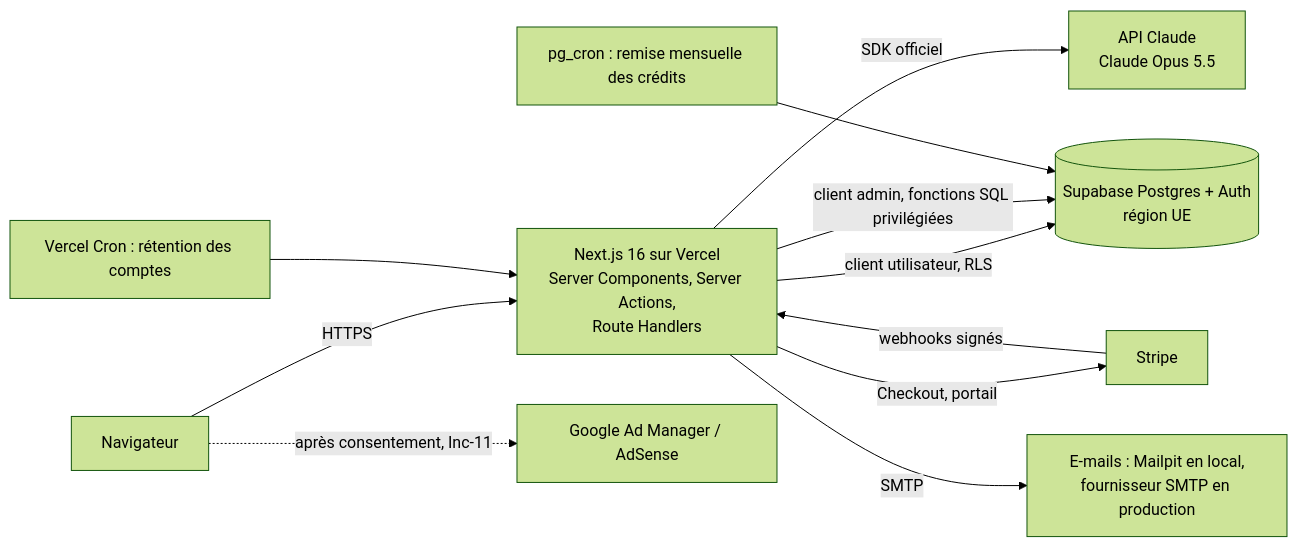
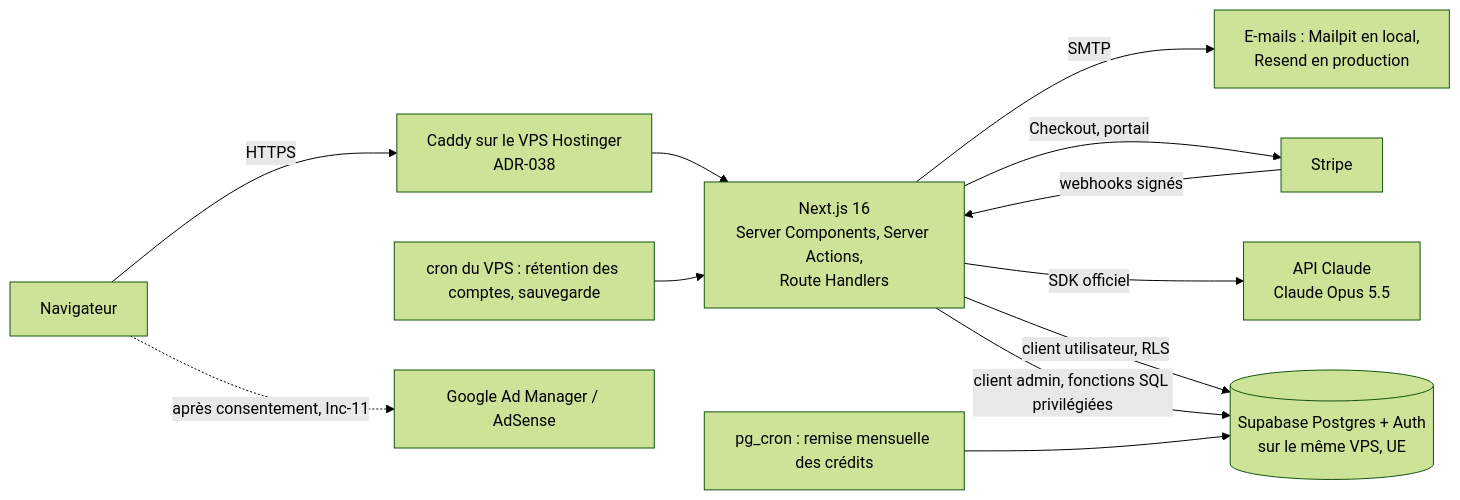
One commit to Kelenix/Mon-cv-en-30-minutes changed the diagram in docs/architecture.md. Above: the diagram before and after it, drawn with Mermaid (forest theme). The commit also changed other lines of this file and 60 other files, not shown here.

First line of the commit message:
feat: mise en production sur VPS Hostinger et rétention des comptes (Inc-13)

````diff
--- a/docs/architecture.md
+++ b/docs/architecture.md
@@ -11,13 +11,14 @@
 ```mermaid
 flowchart LR
-  U[Navigateur] -->|HTTPS| N[Next.js 16 sur Vercel<br/>Server Components, Server Actions,<br/>Route Handlers]
-  N -->|client utilisateur, RLS| S[(Supabase Postgres + Auth<br/>région UE)]
+  U[Navigateur] -->|HTTPS| X[Caddy sur le VPS Hostinger<br/>ADR-038]
+  X --> N[Next.js 16<br/>Server Components, Server Actions,<br/>Route Handlers]
+  N -->|client utilisateur, RLS| S[(Supabase Postgres + Auth<br/>sur le même VPS, UE)]
   N -->|client admin, fonctions SQL privilégiées| S
   N -->|SDK officiel| A[API Claude<br/>Claude Opus 5.5]
   N -->|Checkout, portail| P[Stripe]
   P -->|webhooks signés| N
   C[pg_cron : remise mensuelle des crédits] --> S
-  V[Vercel Cron : rétention des comptes] --> N
-  N -->|SMTP| M[E-mails : Mailpit en local,<br/>fournisseur SMTP en production]
+  V[cron du VPS : rétention des comptes, sauvegarde] --> N
+  N -->|SMTP| M[E-mails : Mailpit en local,<br/>Resend en production]
   U -.->|après consentement, Inc-11| G[Google Ad Manager / AdSense]
 ```
````
